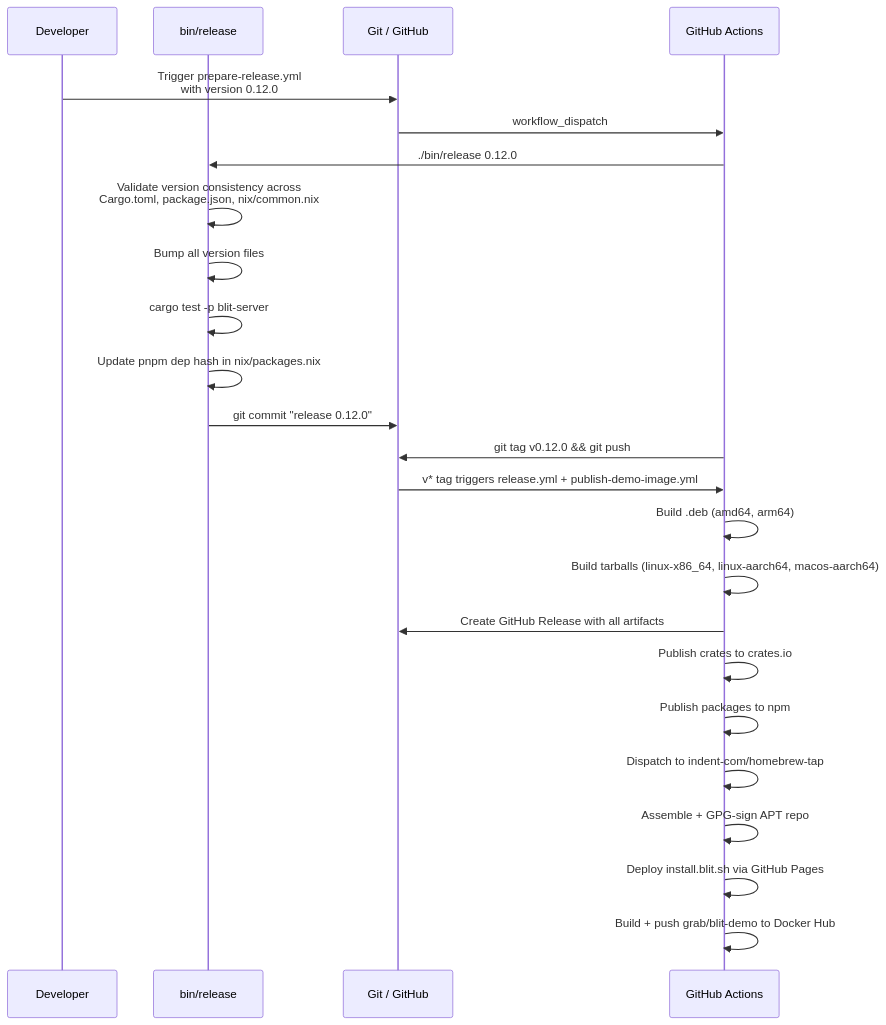
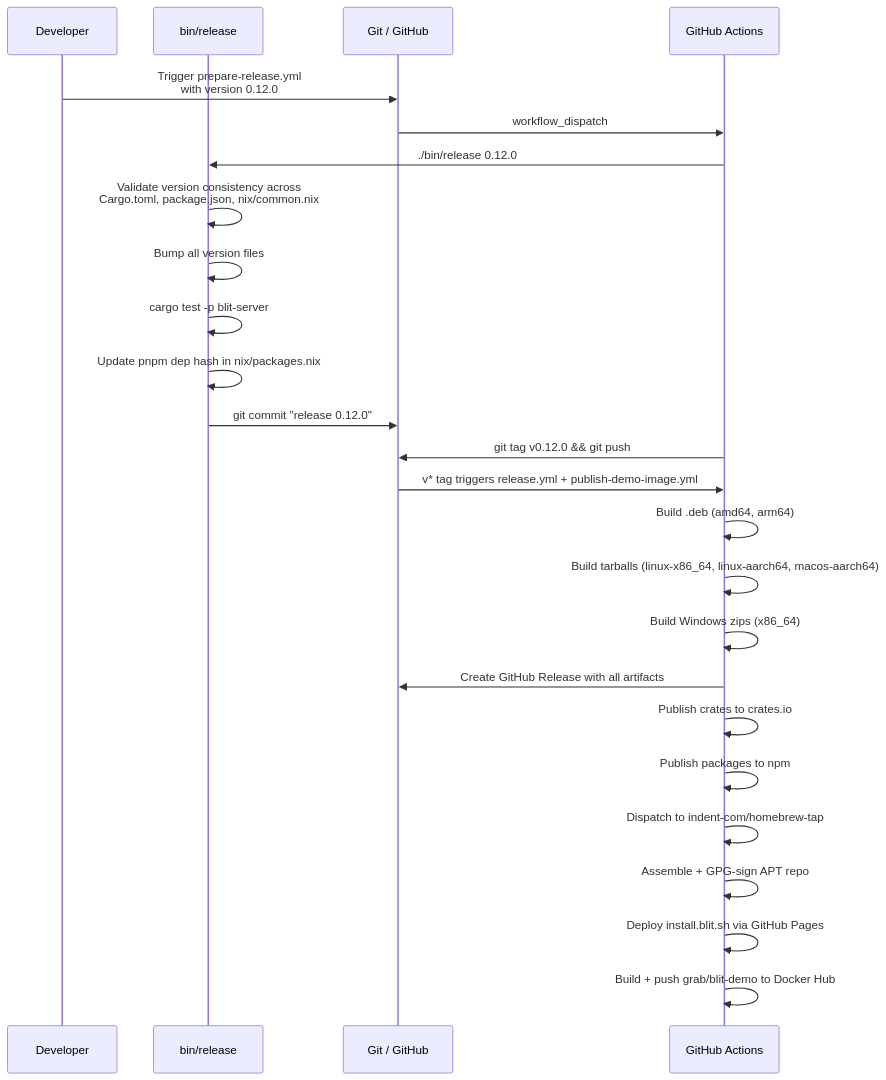
One commit to indent-com/blit changed the eighth of 8 diagrams in SERVICES.md. Above: the diagram before and after it, drawn with Mermaid. The commit also changed other lines of this file and 24 other files, not shown here.

````diff
--- a/SERVICES.md
+++ b/SERVICES.md
@@ -289,28 +309,29 @@
 ```mermaid
 sequenceDiagram
     participant Dev as Developer
     participant Rel as bin/release
     participant Git as Git / GitHub
     participant CI as GitHub Actions
 
     Dev->>Git: Trigger prepare-release.yml<br>with version 0.12.0
     Git->>CI: workflow_dispatch
     CI->>Rel: ./bin/release 0.12.0
     Rel->>Rel: Validate version consistency across<br>Cargo.toml, package.json, nix/common.nix
     Rel->>Rel: Bump all version files
     Rel->>Rel: cargo test -p blit-server
     Rel->>Rel: Update pnpm dep hash in nix/packages.nix
     Rel->>Git: git commit "release 0.12.0"
     CI->>Git: git tag v0.12.0 && git push
     Git->>CI: v* tag triggers release.yml + publish-demo-image.yml
 
     CI->>CI: Build .deb (amd64, arm64)
     CI->>CI: Build tarballs (linux-x86_64, linux-aarch64, macos-aarch64)
+    CI->>CI: Build Windows zips (x86_64)
     CI->>Git: Create GitHub Release with all artifacts
     CI->>CI: Publish crates to crates.io
     CI->>CI: Publish packages to npm
     CI->>CI: Dispatch to indent-com/homebrew-tap
     CI->>CI: Assemble + GPG-sign APT repo
     CI->>CI: Deploy install.blit.sh via GitHub Pages
     CI->>CI: Build + push grab/blit-demo to Docker Hub
 ```
````
